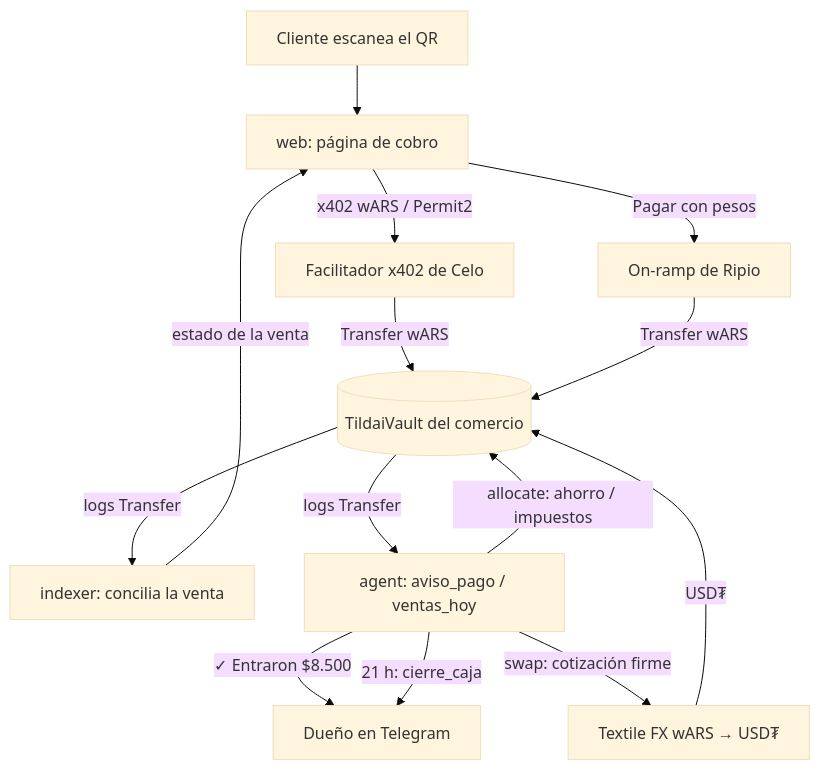
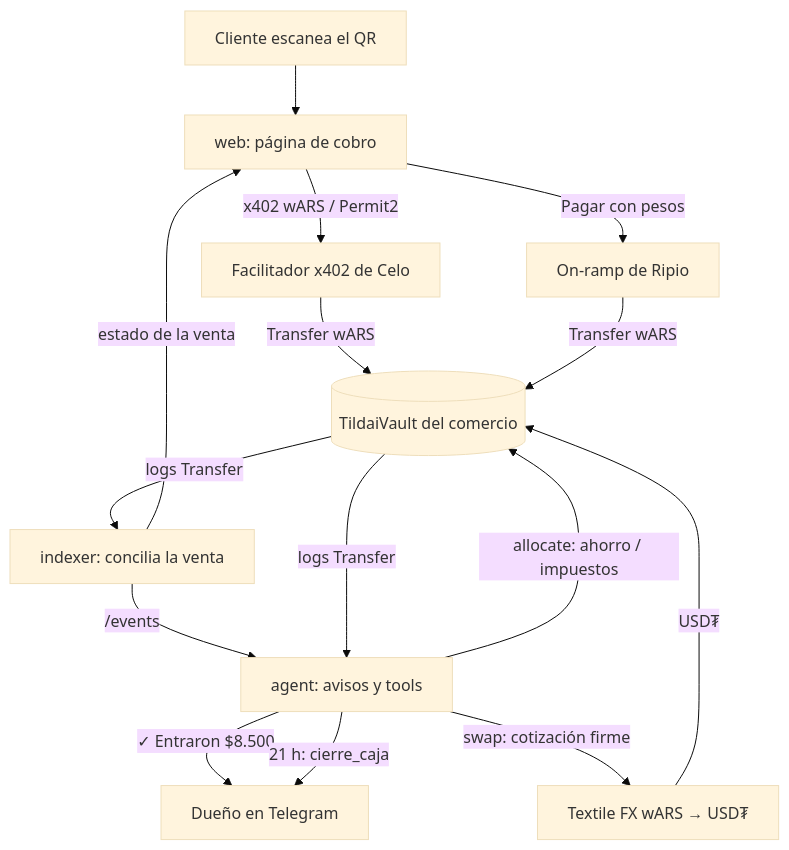
The diagram in README.md (Antony27c/Tildai), drawn with Mermaid (base theme) before and after one commit. The commit also changed other lines of this file and 1 other file, not shown here.

Commit message:
docs: comercio.md y README al día con lo mergeado (alta por invitación, cierre por comercio, avisos push, comprobante y panel)

````diff
--- a/README.md
+++ b/README.md
@@ -34,16 +34,17 @@
 ```mermaid
 flowchart TD
     C[Cliente escanea el QR] --> W[web: página de cobro]
     W -- "x402 wARS / Permit2" --> F[Facilitador x402 de Celo]
     W -- "Pagar con pesos" --> R[On-ramp de Ripio]
     F -- Transfer wARS --> V[(TildaiVault del comercio)]
     R -- Transfer wARS --> V
     V -- "logs Transfer" --> I[indexer: concilia la venta]
     I -- estado de la venta --> W
-    V -- "logs Transfer" --> A[agent: aviso_pago / ventas_hoy]
+    I -- "/events" --> A[agent: avisos y tools]
+    V -- "logs Transfer" --> A
     A -- "✓ Entraron $8.500" --> T[Dueño en Telegram]
     A -- "21 h: cierre_caja" --> T
     A -- "allocate: ahorro / impuestos" --> V
     A -- "swap: cotización firme" --> X[Textile FX wARS → USD₮]
     X -- USD₮ --> V
 ```
````
